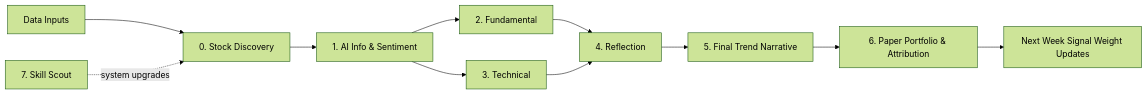
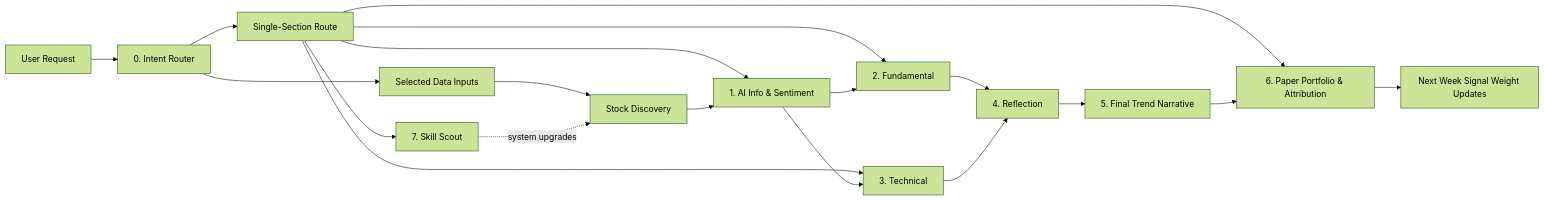
Before and after one commit to berylinureye/ai-us-stock-research-agency: the diagram in docs/agent-responsibilities.md, drawn with Mermaid (forest theme). The commit also changed other lines of this file and 9 other files, not shown here.

Commit message:
docs: add intent router and skill registry

````diff
--- a/docs/agent-responsibilities.md
+++ b/docs/agent-responsibilities.md
@@ -9,13 +9,21 @@
 ```mermaid
 flowchart LR
-    A["Data Inputs"] --> B["0. Stock Discovery"]
+    U["User Request"] --> R["0. Intent Router"]
+    R --> A["Selected Data Inputs"]
+    R --> X["Single-Section Route"]
+    A --> B["Stock Discovery"]
+    X --> C["AI Info & Sentiment"]
+    X --> D["Fundamental"]
+    X --> E["Technical"]
+    X --> H["Paper Attribution"]
+    X --> J["Skill Scout"]
     B --> C["1. AI Info & Sentiment"]
     C --> D["2. Fundamental"]
     C --> E["3. Technical"]
     D --> F["4. Reflection"]
     E --> F
     F --> G["5. Final Trend Narrative"]
     G --> H["6. Paper Portfolio & Attribution"]
     H --> I["Next Week Signal Weight Updates"]
     J["7. Skill Scout"] -. "system upgrades" .-> B
 ```
````
